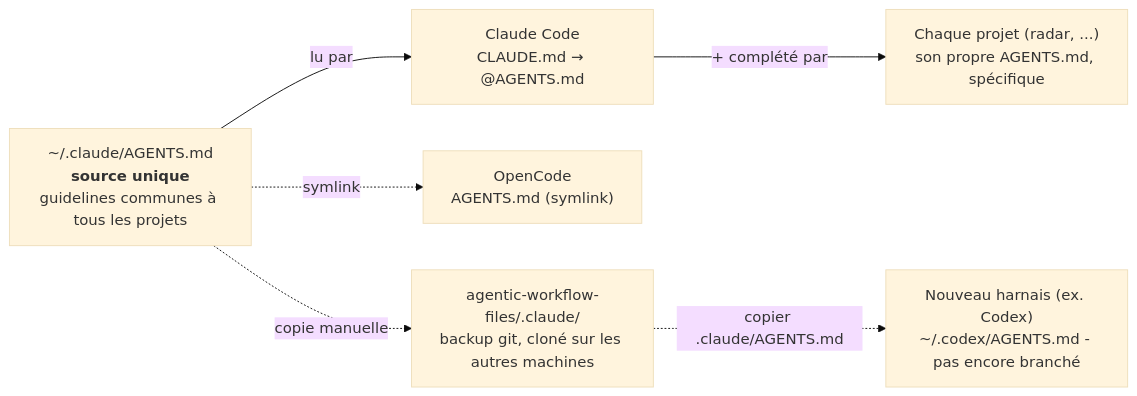
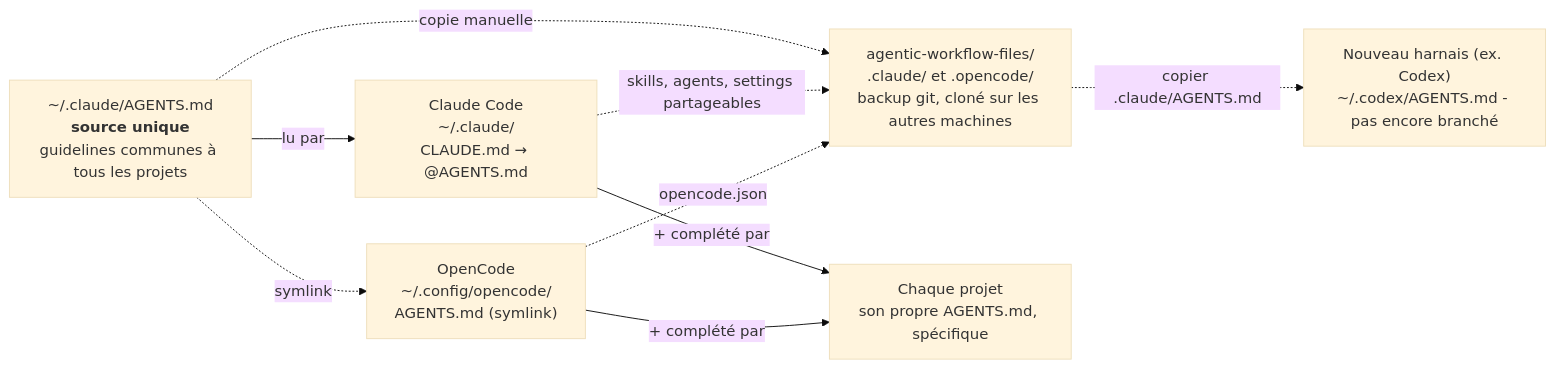
Before and after one commit to JulienLach/agentic-workflow-files: the diagram in STRUCTURE-AGNOSTIQUE.md, drawn with Mermaid (base theme). The commit also changed other lines of this file, not shown here.

Commit message:
docs(structure): document the OpenCode backup and shared settings

````diff
--- a/STRUCTURE-AGNOSTIQUE.md
+++ b/STRUCTURE-AGNOSTIQUE.md
@@ -5,16 +5,19 @@
 ```mermaid
 flowchart LR
     SRC["~/.claude/AGENTS.md<br/><b>source unique</b><br/>guidelines communes à tous les projets"]
 
-    CC["Claude Code<br/>CLAUDE.md → @AGENTS.md"]
-    OC["OpenCode<br/>AGENTS.md (symlink)"]
-    BACKUP["agentic-workflow-files/.claude/<br/>backup git, cloné sur les autres machines"]
-    PROJ["Chaque projet (radar, ...)<br/>son propre AGENTS.md, spécifique"]
+    CC["Claude Code<br/>~/.claude/<br/>CLAUDE.md → @AGENTS.md"]
+    OC["OpenCode<br/>~/.config/opencode/<br/>AGENTS.md (symlink)"]
+    BACKUP["agentic-workflow-files/<br/>.claude/ et .opencode/<br/>backup git, cloné sur les autres machines"]
+    PROJ["Chaque projet<br/>son propre AGENTS.md, spécifique"]
     NEW["Nouveau harnais (ex. Codex)<br/>~/.codex/AGENTS.md - pas encore branché"]
 
     SRC -->|lu par| CC
     SRC -. symlink .-> OC
     SRC -. copie manuelle .-> BACKUP
+    CC -. "skills, agents, settings partageables" .-> BACKUP
+    OC -. "opencode.json" .-> BACKUP
     BACKUP -. "copier .claude/AGENTS.md" .-> NEW
     CC -->|+ complété par| PROJ
+    OC -->|+ complété par| PROJ
 ```
````
